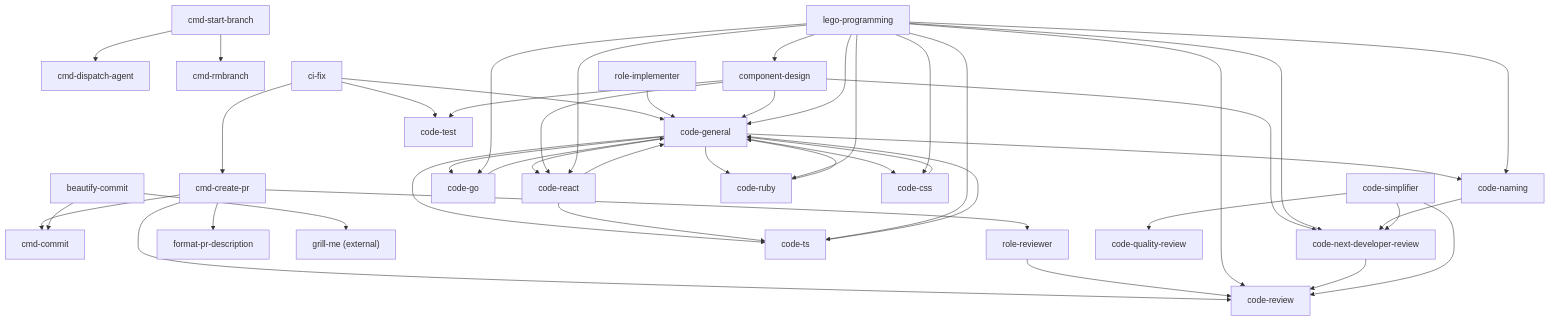
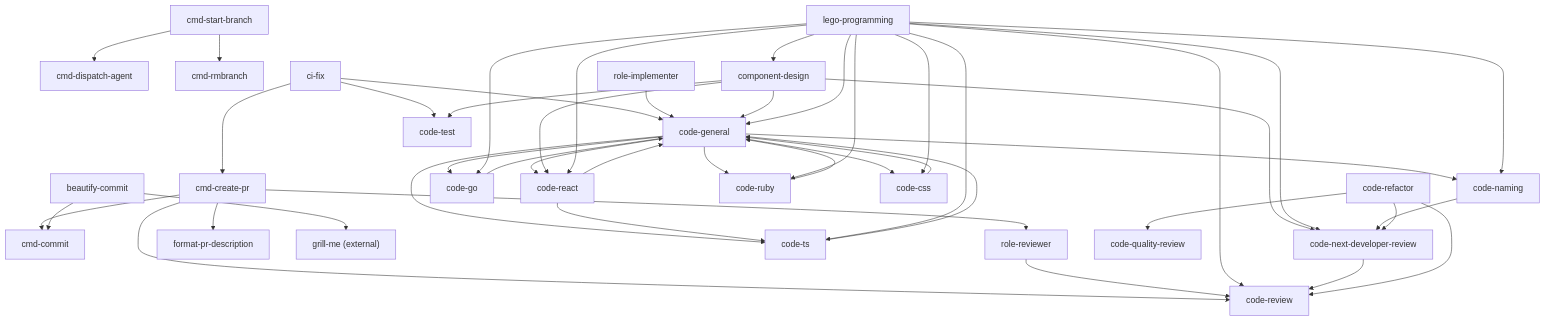
One commit to version-1/agents-docs changed the diagram in docs/skill-dependency-map.md. Above: the diagram before and after it, drawn with Mermaid. The commit also changed other lines of this file and 16 other files, not shown here.

````diff
--- a/docs/skill-dependency-map.md
+++ b/docs/skill-dependency-map.md
@@ -153,57 +153,57 @@
 ```mermaid
 graph TD
     cmd_create_pr["cmd-create-pr"] --> cmd_commit["cmd-commit"]
     cmd_create_pr --> role_reviewer["role-reviewer"]
     cmd_create_pr --> code_review["code-review"]
     cmd_create_pr --> format_pr_description["format-pr-description"]
 
     cmd_start_branch["cmd-start-branch"] --> cmd_dispatch_agent["cmd-dispatch-agent"]
     cmd_start_branch --> cmd_rmbranch["cmd-rmbranch"]
 
     beautify_commit["beautify-commit"] --> cmd_commit
     beautify_commit --> grill_me["grill-me (external)"]
 
     ci_fix["ci-fix"] --> code_general
     ci_fix --> code_test["code-test"]
     ci_fix --> cmd_create_pr
 
     role_reviewer --> code_review
     role_implementer["role-implementer"] --> code_general["code-general"]
 
     code_general --> code_naming["code-naming"]
     code_general --> code_go["code-go"]
     code_general --> code_ts["code-ts"]
     code_general --> code_react["code-react"]
     code_general --> code_ruby["code-ruby"]
     code_general --> code_css["code-css"]
     code_go --> code_general
     code_ts --> code_general
     code_react --> code_general
     code_react --> code_ts
     code_ruby --> code_general
     code_css --> code_general
 
     component_design["component-design"] --> code_general
     component_design --> code_react
     component_design --> code_test
     component_design --> code_next_dev["code-next-developer-review"]
 
     lego_programming["lego-programming"] --> code_general
     lego_programming --> code_go
     lego_programming --> code_ts
     lego_programming --> code_react
     lego_programming --> code_ruby
     lego_programming --> code_css
     lego_programming --> component_design
     lego_programming --> code_naming
     lego_programming --> code_review
     lego_programming --> code_next_dev
 
     code_naming --> code_next_dev
 
     code_next_dev --> code_review
 
-    code_simplifier["code-simplifier"] --> code_quality["code-quality-review"]
-    code_simplifier --> code_review
-    code_simplifier --> code_next_dev
+    code_refactor["code-refactor"] --> code_quality["code-quality-review"]
+    code_refactor --> code_review
+    code_refactor --> code_next_dev
 ```
````
